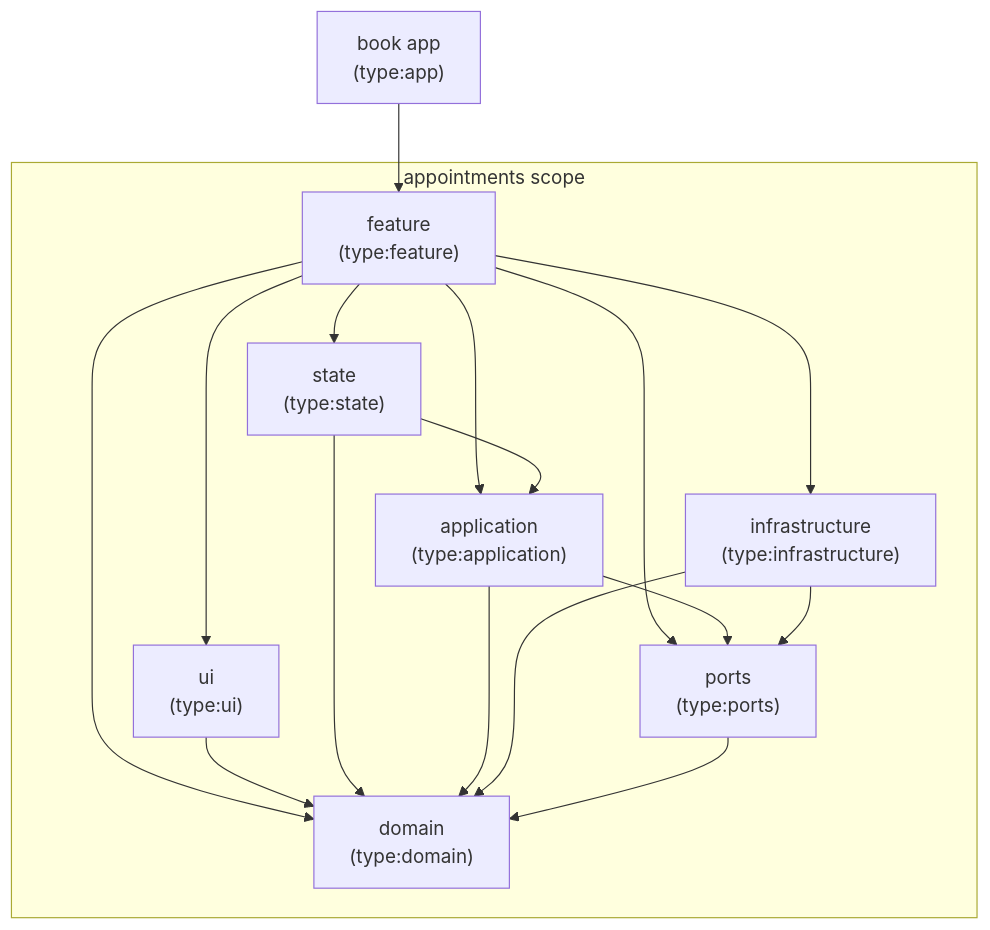
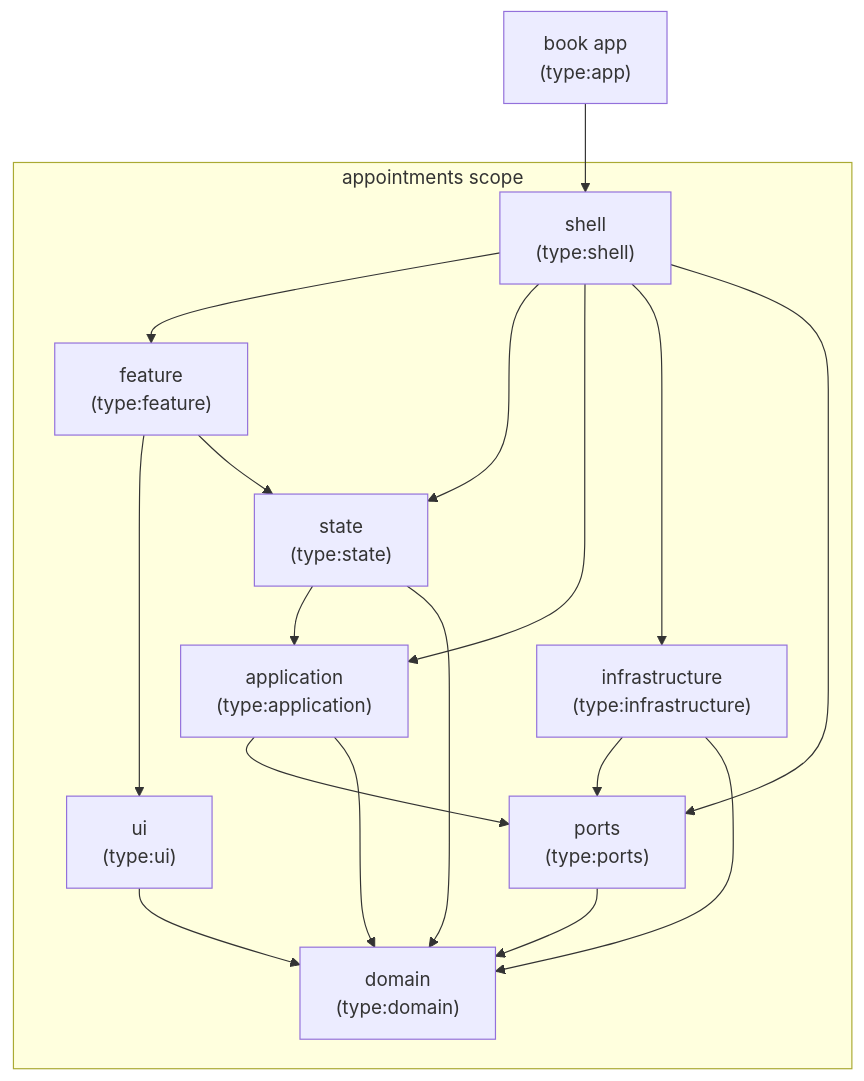
Before and after one commit to Gillesf31/hexa: the first of 3 diagrams in README.md, drawn with Mermaid. The commit also changed other lines of this file and 19 other files, not shown here.

````diff
--- a/README.md
+++ b/README.md
@@ -14,30 +14,32 @@
 ```mermaid
 flowchart TB
   APP["book app\n(type:app)"]
 
   subgraph APPOINTMENTS["appointments scope"]
+    SHELL["shell\n(type:shell)"]
     FEATURE["feature\n(type:feature)"]
     UI["ui\n(type:ui)"]
     STATE["state\n(type:state)"]
     APPLICATION["application\n(type:application)"]
     INFRA["infrastructure\n(type:infrastructure)"]
     PORTS["ports\n(type:ports)"]
     DOMAIN["domain\n(type:domain)"]
   end
 
-  APP --> FEATURE
+  APP --> SHELL
+  SHELL --> FEATURE
+  SHELL --> STATE
+  SHELL --> APPLICATION
+  SHELL --> INFRA
+  SHELL --> PORTS
   FEATURE --> UI
   FEATURE --> STATE
-  FEATURE --> APPLICATION
-  FEATURE --> INFRA
-  FEATURE --> PORTS
-  FEATURE --> DOMAIN
   UI --> DOMAIN
   STATE --> APPLICATION
   STATE --> DOMAIN
   APPLICATION --> PORTS
   APPLICATION --> DOMAIN
   INFRA --> PORTS
   INFRA --> DOMAIN
   PORTS --> DOMAIN
 ```
````
